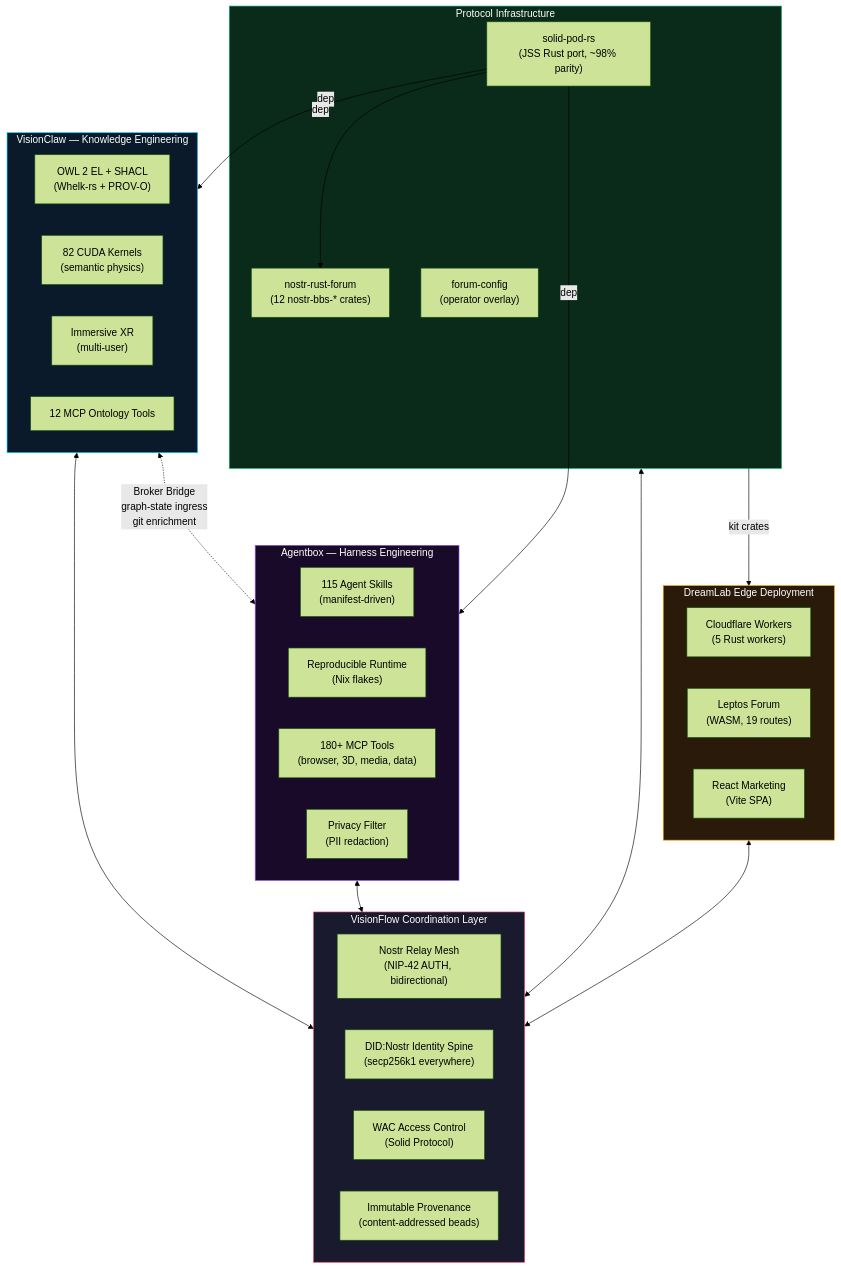
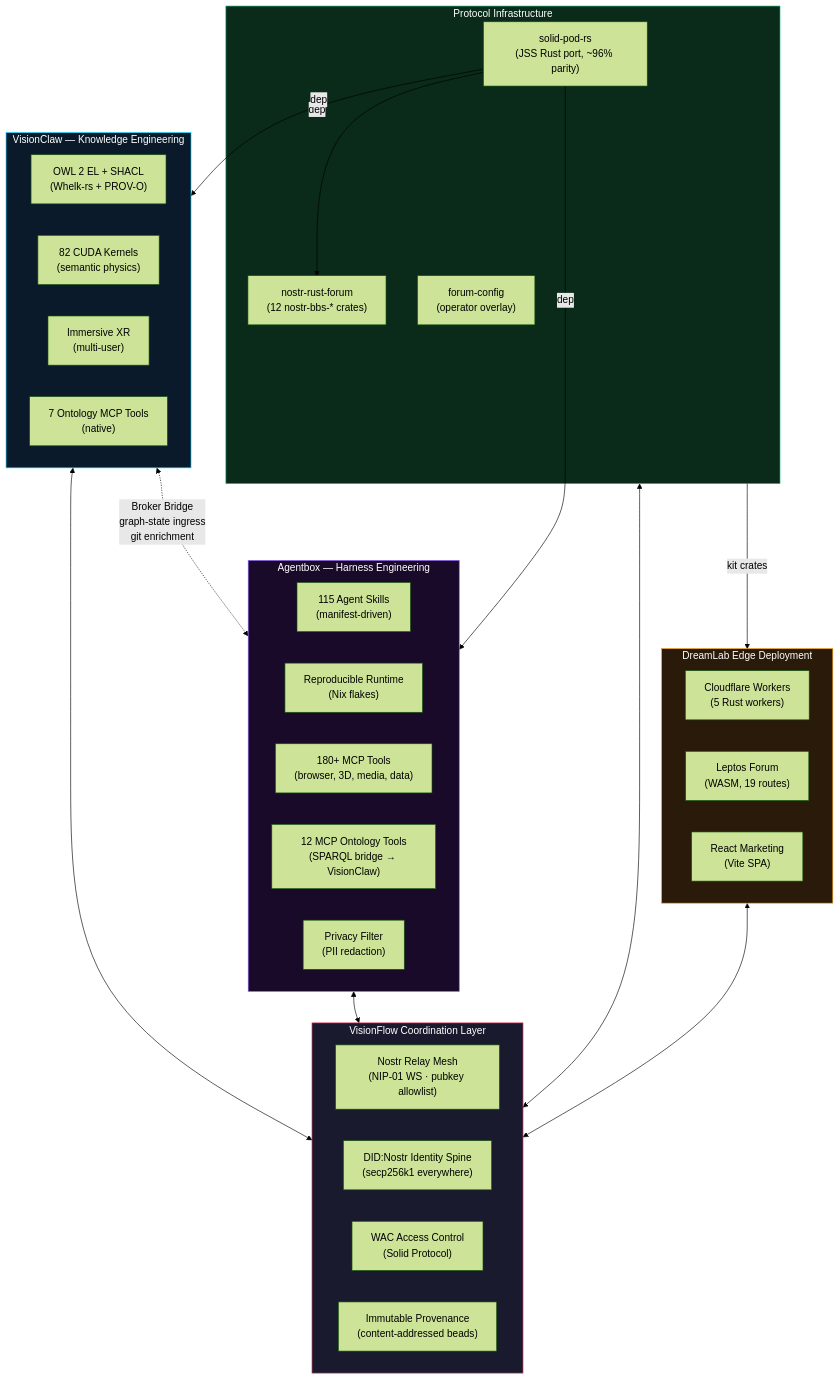
Before and after one commit to DreamLab-AI/VisionFlow: the second of 10 diagrams in README.md, drawn with Mermaid (forest theme). The commit also changed other lines of this file and 15 other files, not shown here.

````diff
--- a/README.md
+++ b/README.md
@@ -116,53 +116,54 @@
 ```mermaid
 flowchart TB
     subgraph VF["VisionFlow Coordination Layer"]
         direction LR
-        MESH["Nostr Relay Mesh\n(NIP-42 AUTH, bidirectional)"]
+        MESH["Nostr Relay Mesh\n(NIP-01 WS · pubkey allowlist)"]
         DID["DID:Nostr Identity Spine\n(secp256k1 everywhere)"]
         WAC["WAC Access Control\n(Solid Protocol)"]
         PROV["Immutable Provenance\n(content-addressed beads)"]
     end
 
     subgraph VC["VisionClaw — Knowledge Engineering"]
         OWL["OWL 2 EL + SHACL\n(Whelk-rs + PROV-O)"]
         GPU["82 CUDA Kernels\n(semantic physics)"]
         XR["Immersive XR\n(multi-user)"]
-        MCP_VC["12 MCP Ontology Tools"]
+        MCP_VC["7 Ontology MCP Tools\n(native)"]
     end
 
     subgraph AB["Agentbox — Harness Engineering"]
         AGENTS["115 Agent Skills\n(manifest-driven)"]
         NIX["Reproducible Runtime\n(Nix flakes)"]
         TOOLS["180+ MCP Tools\n(browser, 3D, media, data)"]
+        BRIDGE["12 MCP Ontology Tools\n(SPARQL bridge → VisionClaw)"]
         PRIV["Privacy Filter\n(PII redaction)"]
     end
 
     subgraph PROTO["Protocol Infrastructure"]
-        SPR["solid-pod-rs\n(JSS Rust port, ~98% parity)"]
+        SPR["solid-pod-rs\n(JSS Rust port, ~96% parity)"]
         NRF["nostr-rust-forum\n(12 nostr-bbs-* crates)"]
         FC["forum-config\n(operator overlay)"]
     end
 
     subgraph EDGE["DreamLab Edge Deployment"]
         CF["Cloudflare Workers\n(5 Rust workers)"]
         FORUM["Leptos Forum\n(WASM, 19 routes)"]
         SITE["React Marketing\n(Vite SPA)"]
     end
 
     VC <--> VF
     AB <--> VF
     PROTO <--> VF
     EDGE <--> VF
 
     VC <-.->|"Broker Bridge\ngraph-state ingress\ngit enrichment"| AB
     PROTO -->|"kit crates"| EDGE
     SPR -->|"dep"| NRF
     SPR -->|"dep"| AB
     SPR -->|"dep"| VC
 
     style VF fill:#1a1a2e,stroke:#e94560,color:#fff
     style VC fill:#0a1a2a,stroke:#00d4ff,color:#fff
     style AB fill:#1a0a2a,stroke:#8b5cf6,color:#fff
     style PROTO fill:#0a2a1a,stroke:#10b981,color:#fff
     style EDGE fill:#2a1a0a,stroke:#f59e0b,color:#fff
 ```
````
